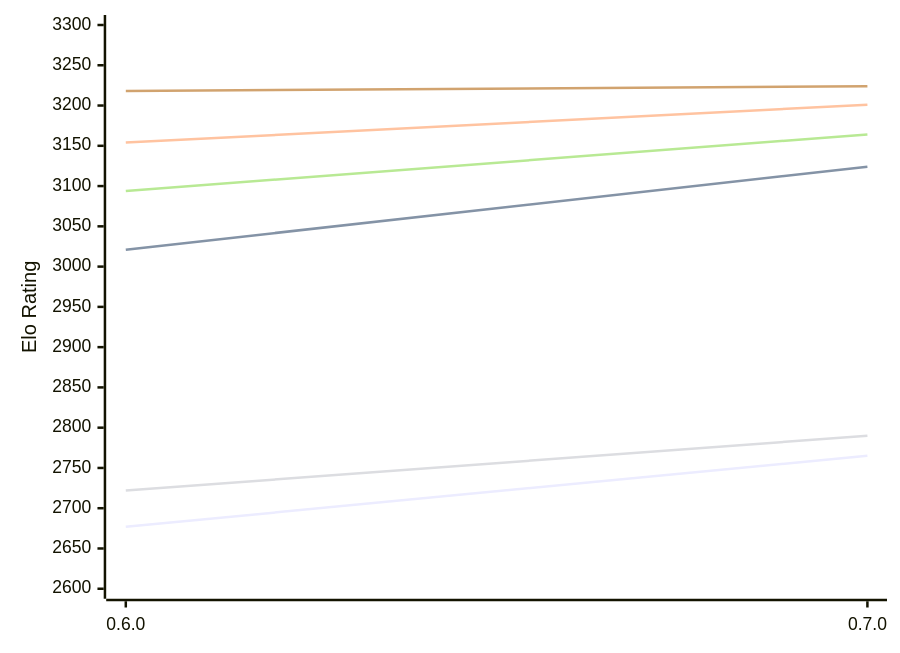
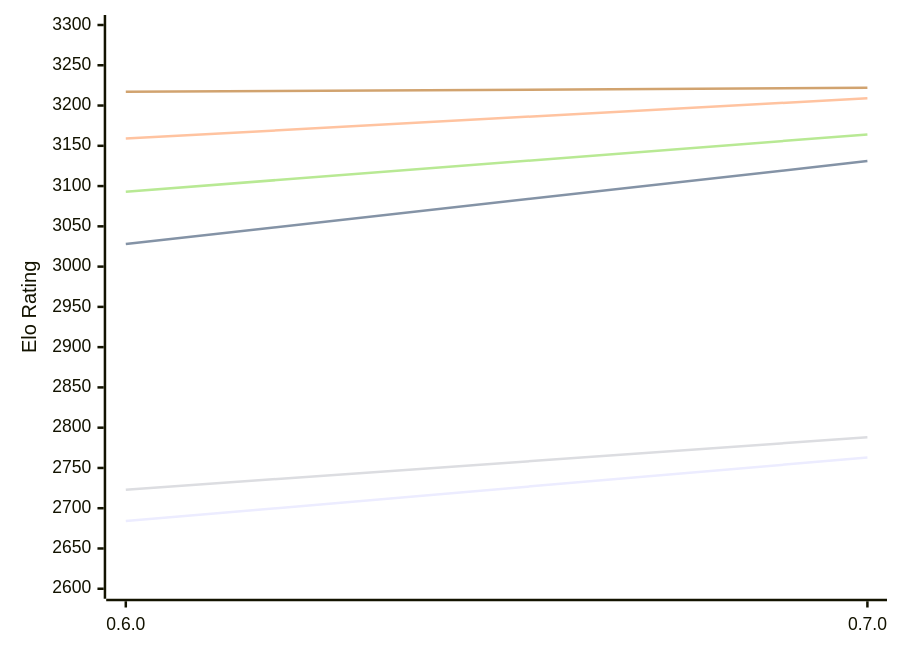
One commit to computer-chess-index/cci changed the first of 2 diagrams in engines/AteNika.md. Above: the diagram before and after it, drawn with Mermaid. The commit also changed other lines of this file, not shown here.

Commit message:
Update CCI Ratings (ELO VLTC) - 2026-11-10

````diff
--- a/engines/AteNika.md
+++ b/engines/AteNika.md
@@ -52,12 +52,12 @@
 ```mermaid
 %%{init: {"theme":"base","themeVariables":{"seriesColors:['#a3a3a3','#222221','#faa371']}}}%%
 xychart-beta
   x-axis ["0.6.0", "0.7.0"]
   y-axis "Elo Rating" 2600 --> 3300
-  line "E1: STC (8.0+0.08s)" [2677, 2765]
-  line "E1: LTC (60.0+0.60s)" [3021, 3124]
-  line "E1: VLTC (2m24s+1.12s)" [3154, 3201]
-  line "P1: STC (8.0+0.08s)" [2722, 2790]
-  line "P1: LTC (60.0+0.60s)" [3094, 3164]
-  line "P1: VLTC (2m24s+1.12s)" [3218, 3224]
+  line "E1: STC (8.0+0.08s)" [2684, 2763]
+  line "E1: LTC (60.0+0.60s)" [3028, 3131]
+  line "E1: VLTC (2m24s+1.12s)" [3159, 3209]
+  line "P1: STC (8.0+0.08s)" [2723, 2788]
+  line "P1: LTC (60.0+0.60s)" [3093, 3164]
+  line "P1: VLTC (2m24s+1.12s)" [3217, 3222]
 ```
````
